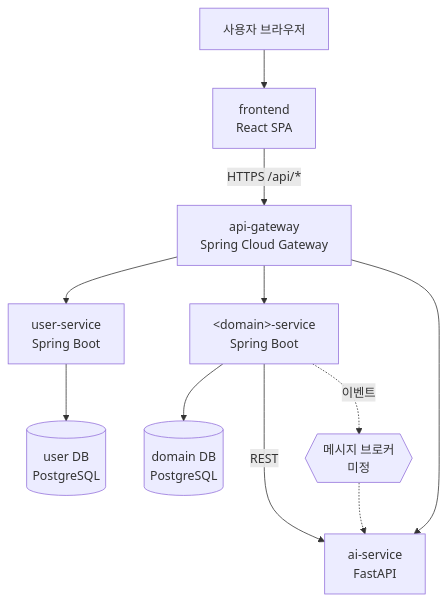
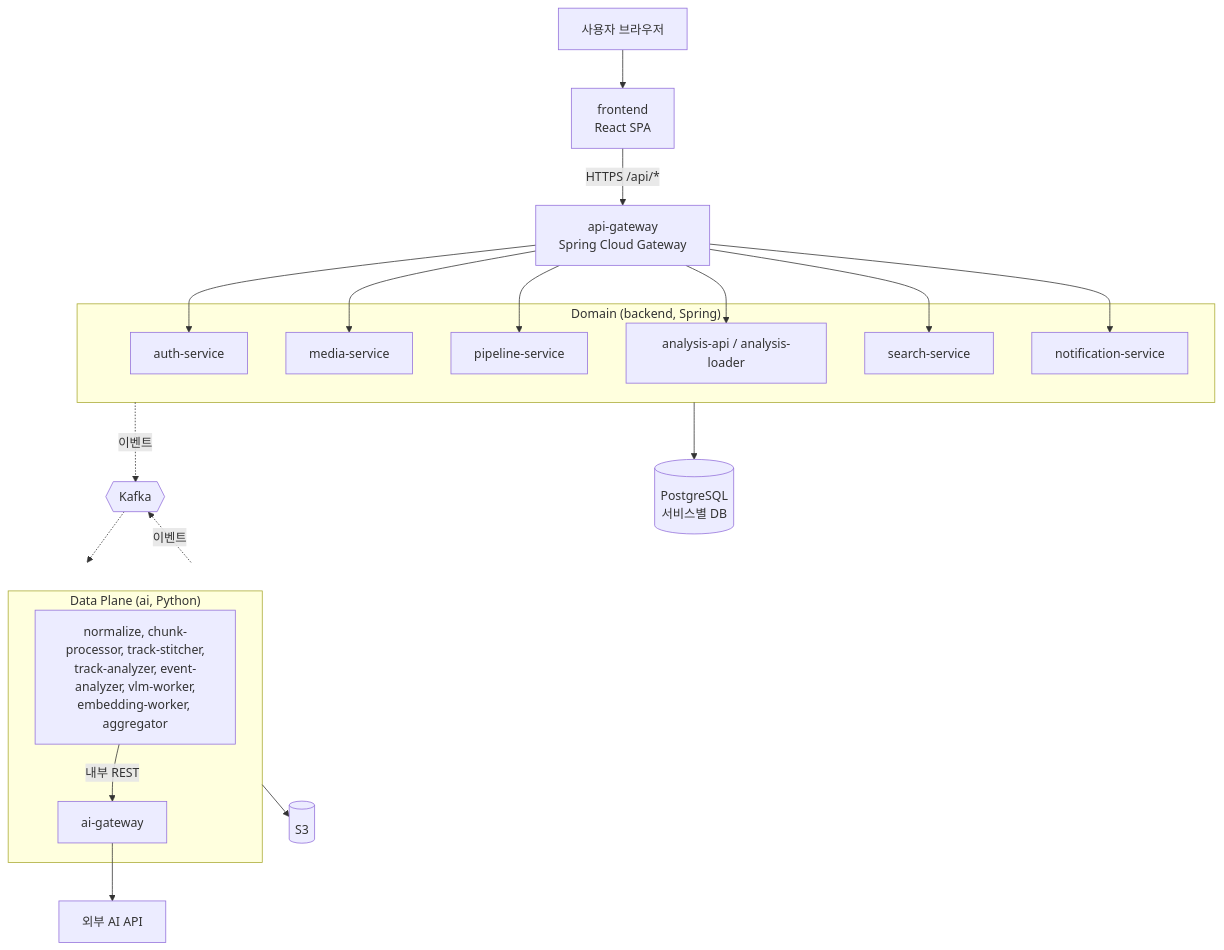
The first of 3 diagrams in docs/architecture/overview.md (p5-3-final/docs), drawn with Mermaid before and after one commit. The commit also changed other lines of this file and 15 other files, not shown here.

First line of the commit message:
docs: VLM 영상 분석 서비스 구성과 Kafka 도입 반영 (#5)

````diff
--- a/docs/architecture/overview.md
+++ b/docs/architecture/overview.md
@@ -11,13 +11,25 @@
 ```mermaid
 flowchart TB
   U[사용자 브라우저] --> FE[frontend<br/>React SPA]
   FE -->|HTTPS /api/*| GW[api-gateway<br/>Spring Cloud Gateway]
-  GW --> US[user-service<br/>Spring Boot]
-  GW --> DS["&lt;domain&gt;-service<br/>Spring Boot"]
-  GW --> AI[ai-service<br/>FastAPI]
-  US --> USDB[(user DB<br/>PostgreSQL)]
-  DS --> DSDB[(domain DB<br/>PostgreSQL)]
-  DS -->|REST| AI
-  DS -.이벤트.-> MB{{메시지 브로커<br/>미정}}
-  MB -.-> AI
+  subgraph Domain["Domain (backend, Spring)"]
+    AU[auth-service]
+    ME[media-service]
+    PL[pipeline-service]
+    AN[analysis-api / analysis-loader]
+    SE[search-service]
+    NO[notification-service]
+  end
+  GW --> AU & ME & PL & AN & SE & NO
+  Domain -.이벤트.-> MB{{Kafka}}
+  MB -.-> DP
+  DP -.이벤트.-> MB
+  subgraph DP["Data Plane (ai, Python)"]
+    WK[normalize, chunk-processor, track-stitcher,<br/>track-analyzer, event-analyzer, vlm-worker,<br/>embedding-worker, aggregator]
+    AG[ai-gateway]
+    WK -->|내부 REST| AG
+  end
+  AG --> EXT[외부 AI API]
+  Domain --> DB[(PostgreSQL<br/>서비스별 DB)]
+  DP --> S3[(S3)]
 ```
````
